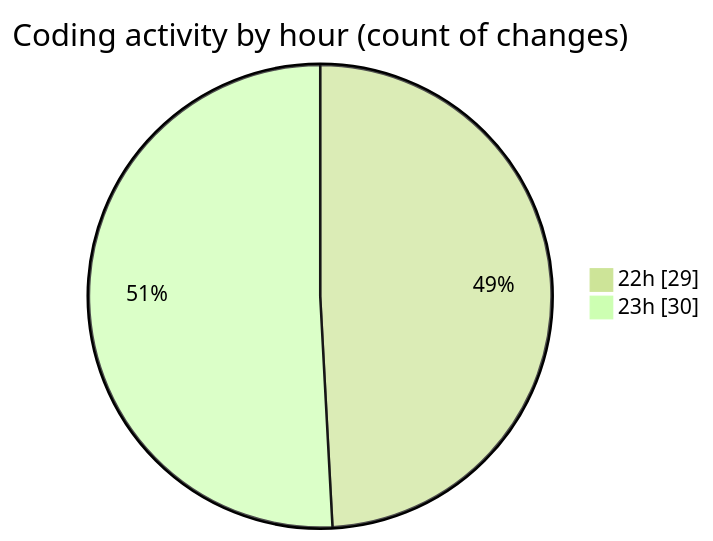
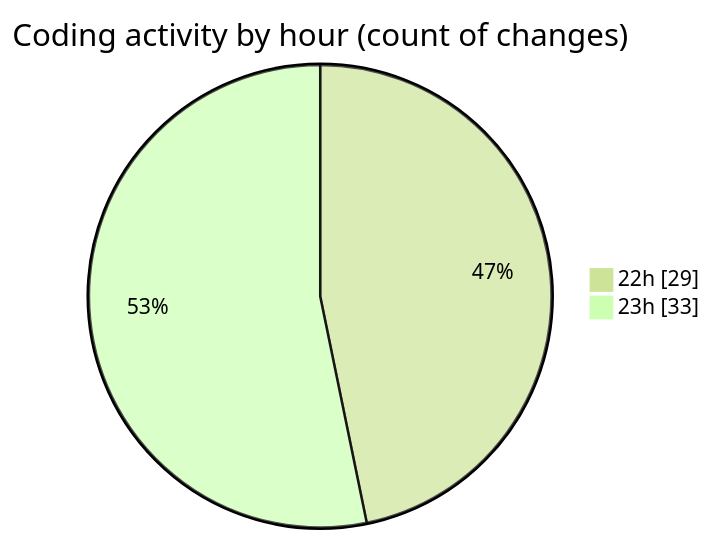
The second of 2 diagrams in 2025-10-19/scopecraft/README.md (Ritupan-Deka/code-tracking), drawn with Mermaid (forest theme) before and after one commit. The commit also changed other lines of this file and 1 other file, not shown here.

````diff
--- a/2025-10-19/scopecraft/README.md
+++ b/2025-10-19/scopecraft/README.md
@@ -35,6 +35,6 @@
 ```mermaid
 pie showData
 title Coding activity by hour (count of changes)
 "22h" : 29
-"23h" : 30
+"23h" : 33
 ```
````
